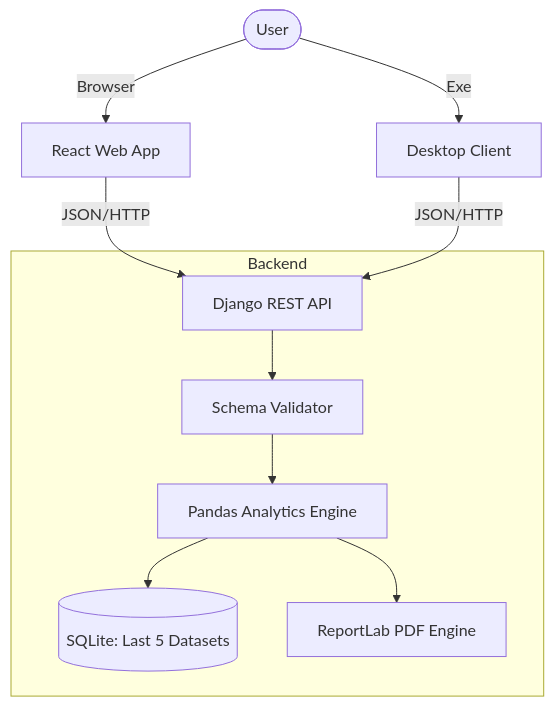
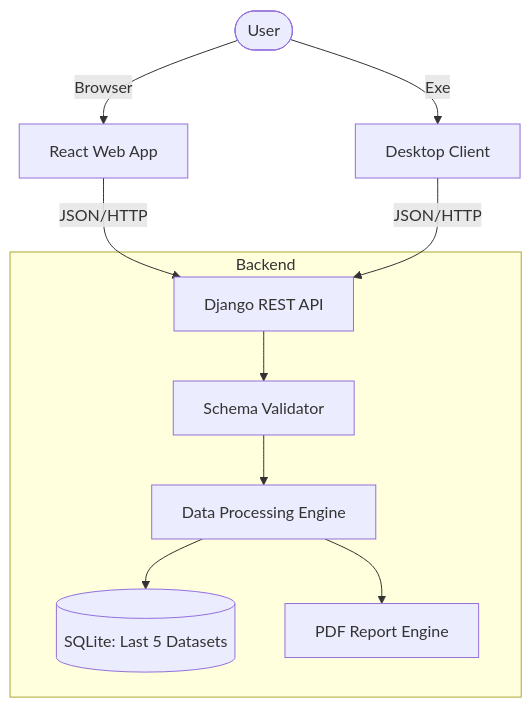
The diagram in README.md (mimo-to/Chemical-Equipment-Parameter-Visualizer), drawn with Mermaid before and after one commit. The commit also changed other lines of this file and 2 other files, not shown here.

````diff
--- a/README.md
+++ b/README.md
@@ -73,16 +148,16 @@
 ```mermaid
 graph TD
     User([User])
     User -->|Browser| Web[React Web App]
     User -->|Exe| Desk[Desktop Client]
     
     Web -->|JSON/HTTP| API[Django REST API]
     Desk -->|JSON/HTTP| API
     
     subgraph Backend
     API --> Validator[Schema Validator]
-    Validator --> Engine[Pandas Analytics Engine]
+    Validator --> Engine[Data Processing Engine]
     Engine --> DB[(SQLite: Last 5 Datasets)]
-    Engine --> PDF[ReportLab PDF Engine]
+    Engine --> PDF[PDF Report Engine]
     end
 ```
````
